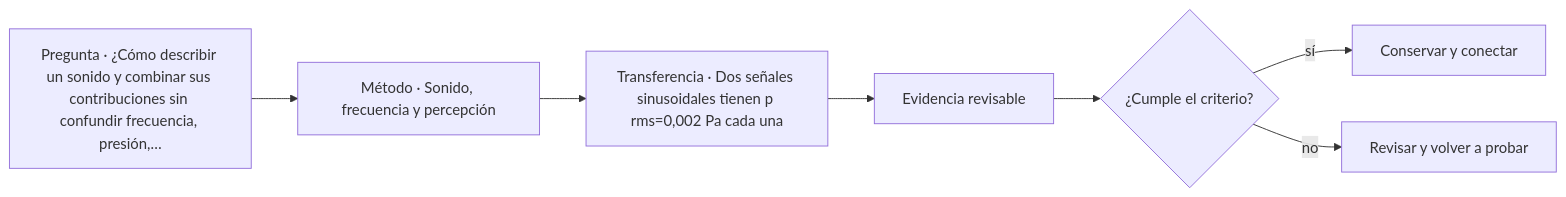
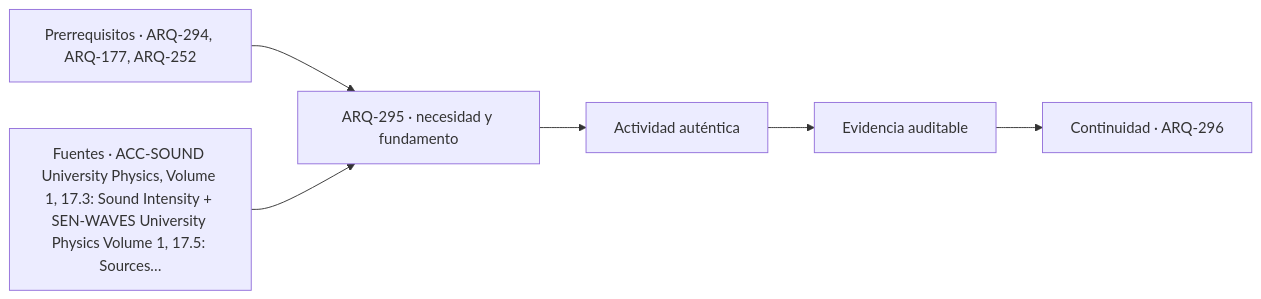
One commit to vladimiracunadev-create/architecture-built-environment-learning-program changed the diagram in classes/parte-30/ARQ-295.md. Above: the diagram before and after it, drawn with Mermaid. The commit also changed other lines of this file and 761 other files, not shown here.

````diff
--- a/classes/parte-30/ARQ-295.md
+++ b/classes/parte-30/ARQ-295.md
@@ -99,9 +111,8 @@
 ```mermaid
 flowchart LR
-    Q["Pregunta · ¿Cómo describir un sonido y combinar sus contribuciones sin confundir frecuencia, presión,…"] --> M["Método · Sonido, frecuencia y percepción"]
-    M --> P["Transferencia · Dos señales sinusoidales tienen p rms=0,002 Pa cada una"]
-    P --> E["Evidencia revisable"]
-    E --> C{"¿Cumple el criterio?"}
-    C -->|sí| T["Conservar y conectar"]
-    C -->|no| R["Revisar y volver a probar"]
+    A["Prerrequisitos · ARQ-294, ARQ-177, ARQ-252"] --> B["ARQ-295 · necesidad y fundamento"]
+    S["Fuentes · ACC-SOUND University Physics, Volume 1, 17.3: Sound Intensity + SEN-WAVES University Physics Volume 1, 17.5: Sources…"] --> B
+    B --> C["Actividad auténtica"]
+    C --> D["Evidencia auditable"]
+    D --> E["Continuidad · ARQ-296"]
 ```
````
